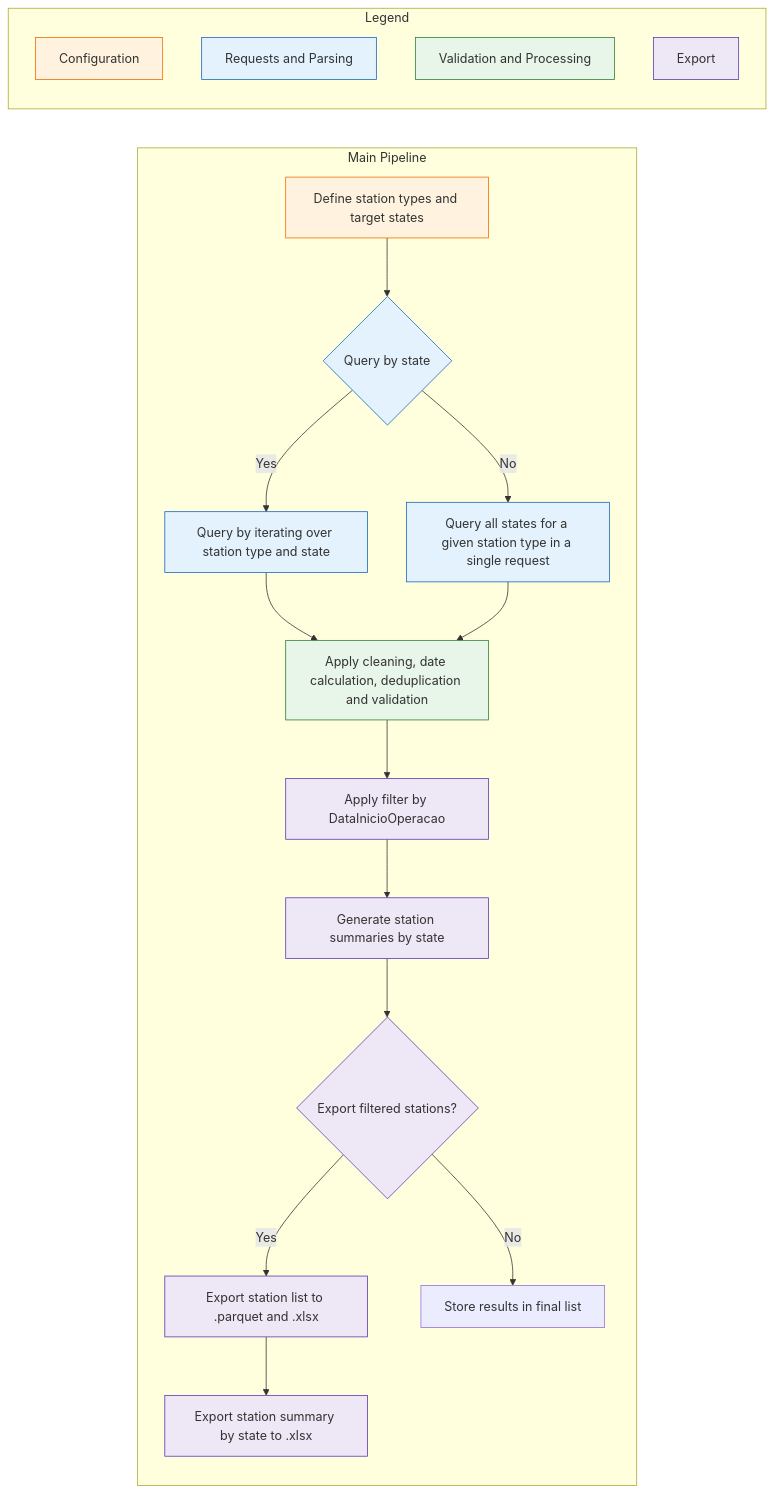
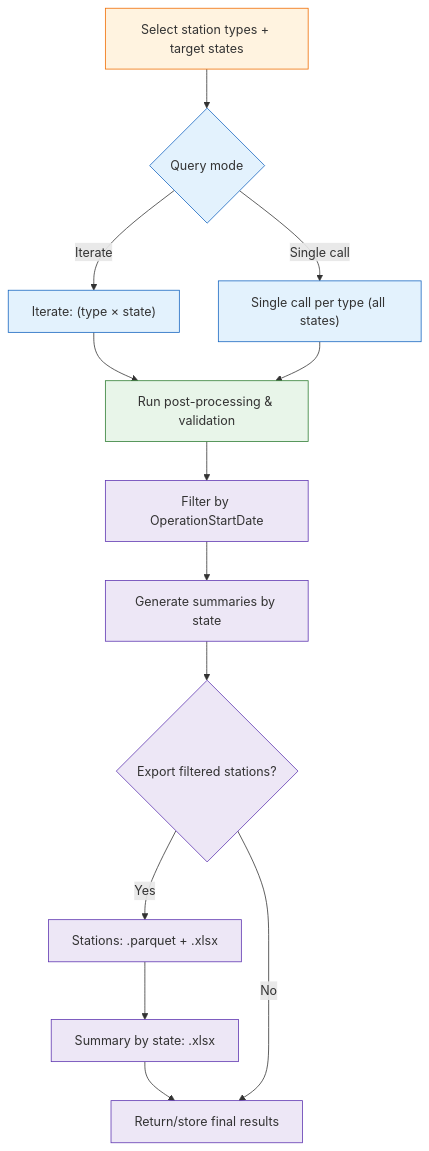
Before and after one commit to cidacslab/plataforma-clima-ambiente-readthedocs: the fifth of 5 diagrams in docs/source/ana_data.rst, drawn with Mermaid. The commit also changed other lines of this file and 13 other files, not shown here.

```diff
--- a/docs/source/ana_data.rst
+++ b/docs/source/ana_data.rst
@@ -308,37 +338,30 @@
 .. mermaid::
-  flowchart LR
-    subgraph S8["Main Pipeline"]
-      H0["Define station types and target states"]:::configCode
-      H1{"Query by state"}:::reqCode
-          H1h1["Query by iterating over station type and state"]:::reqCode
-          H1h2["Query all states for a given station type in a single request"]:::reqCode
-      H2["Apply cleaning, date calculation, deduplication and validation"]:::validacao
-      H3["Apply filter by DataInicioOperacao"]:::exportacao
-      H4["Generate station summaries by state"]:::exportacao
-      H5{"Export filtered stations?"}:::exportacao
-        H5h1["Export station list to .parquet and .xlsx"]:::exportacao
-        H5h2["Export station summary by state to .xlsx"]:::exportacao
-      H6["Store results in final list"]
 
-      %% Internal connections
-      H0 --> H1
-      H1 -- "Yes" --> H1h1 --> H2
-      H1 -- "No" --> H1h2 --> H2
-      H2 --> H3 --> H4 --> H5
-      H5 -- "Yes" --> H5h1 --> H5h2
-      H5 -- "No" --> H6
-    end
+   flowchart TB
+     H0["Select station types + target states"]:::configCode
+     H1{"Query mode"}:::reqCode
+     H1a["Iterate: (type × state)"]:::reqCode
+     H1b["Single call per type (all states)"]:::reqCode
 
-    %% Legend subgraph
-    subgraph LEG["Legend"]
-        L1["Configuration"]:::configCode
-        L2["Requests and Parsing"]:::reqCode
-        L3["Validation and Processing"]:::validacao
-        L4["Export"]:::exportacao
-    end
+     H2["Run post-processing & validation"]:::validacao
+     H3["Filter by OperationStartDate"]:::exportacao
+     H4["Generate summaries by state"]:::exportacao
 
-    %% Color palette
-    classDef configCode fill:#fff3e0,stroke:#ef6c00;
-    classDef reqCode fill:#e3f2fd,stroke:#1565c0;
-    classDef validacao fill:#e8f5e9,stroke:#2e7d32;
-    classDef exportacao fill:#ede7f6,stroke:#5e35b1;
+     H5{"Export filtered stations?"}:::exportacao
+     X1["Stations: .parquet + .xlsx"]:::exportacao
+     X2["Summary by state: .xlsx"]:::exportacao
+     H6["Return/store final results"]:::exportacao
+
+     %% Pipeline logic
+     H0 --> H1
+     H1 -- "Iterate" --> H1a --> H2
+     H1 -- "Single call" --> H1b --> H2
+     H2 --> H3 --> H4 --> H5
+     H5 -- "Yes" --> X1 --> X2 --> H6
+     H5 -- "No" --> H6
+
+     %% Color palette
+     classDef configCode fill:#fff3e0,stroke:#ef6c00;
+     classDef reqCode fill:#e3f2fd,stroke:#1565c0;
+     classDef validacao fill:#e8f5e9,stroke:#2e7d32;
+     classDef exportacao fill:#ede7f6,stroke:#5e35b1;
```
